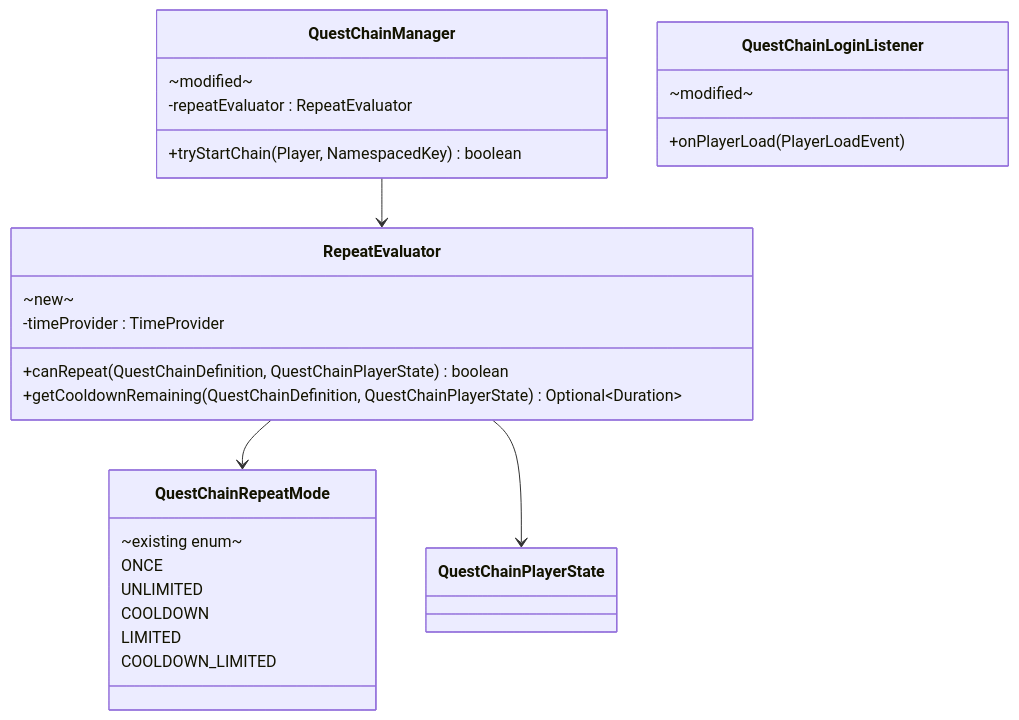
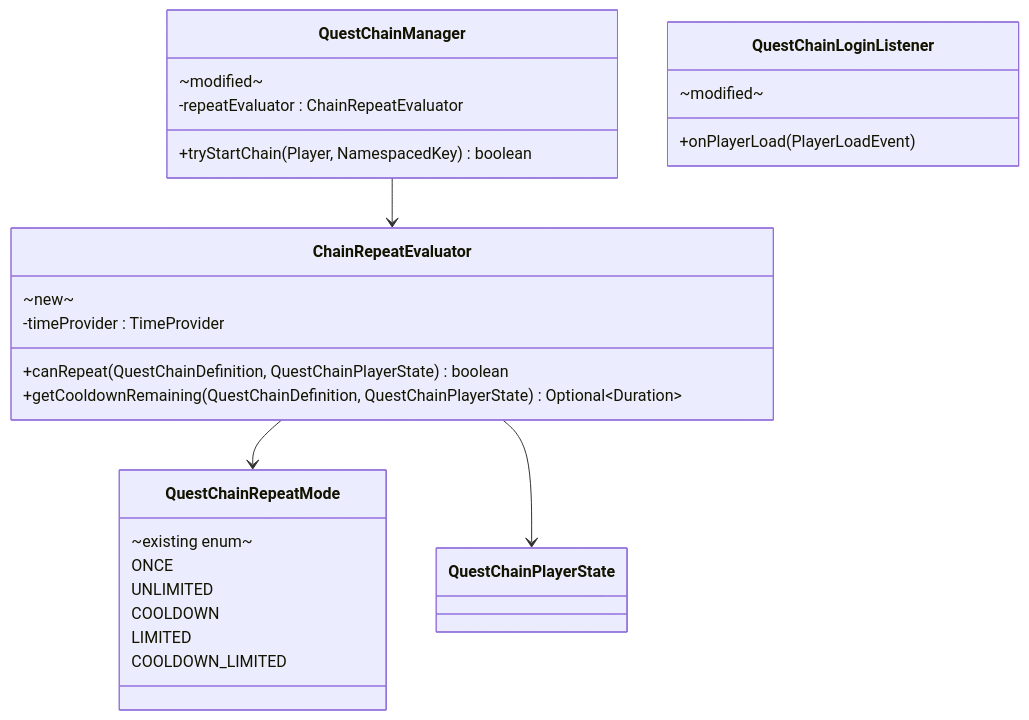
One commit to DiamondDagger590/McRPG changed the first of 3 diagrams in docs/lld/tutorial-quest-system/phase-4-chain-system-backlog.md. Above: the diagram before and after it, drawn with Mermaid. The commit also changed other lines of this file, not shown here.

````diff
--- a/docs/lld/tutorial-quest-system/phase-4-chain-system-backlog.md
+++ b/docs/lld/tutorial-quest-system/phase-4-chain-system-backlog.md
@@ -502,35 +486,35 @@
 ```mermaid
 classDiagram
     direction TB
 
     class QuestChainRepeatMode {
         ~existing enum~
         ONCE
         UNLIMITED
         COOLDOWN
         LIMITED
         COOLDOWN_LIMITED
     }
 
-    class RepeatEvaluator {
+    class ChainRepeatEvaluator {
         ~new~
         -timeProvider : TimeProvider
         +canRepeat(QuestChainDefinition, QuestChainPlayerState) boolean
         +getCooldownRemaining(QuestChainDefinition, QuestChainPlayerState) Optional~Duration~
     }
 
     class QuestChainManager {
         ~modified~
-        -repeatEvaluator : RepeatEvaluator
+        -repeatEvaluator : ChainRepeatEvaluator
         +tryStartChain(Player, NamespacedKey) boolean
     }
 
     class QuestChainLoginListener {
         ~modified~
         +onPlayerLoad(PlayerLoadEvent)
     }
 
-    RepeatEvaluator --> QuestChainRepeatMode
-    RepeatEvaluator --> QuestChainPlayerState
-    QuestChainManager --> RepeatEvaluator
+    ChainRepeatEvaluator --> QuestChainRepeatMode
+    ChainRepeatEvaluator --> QuestChainPlayerState
+    QuestChainManager --> ChainRepeatEvaluator
 ```
````
